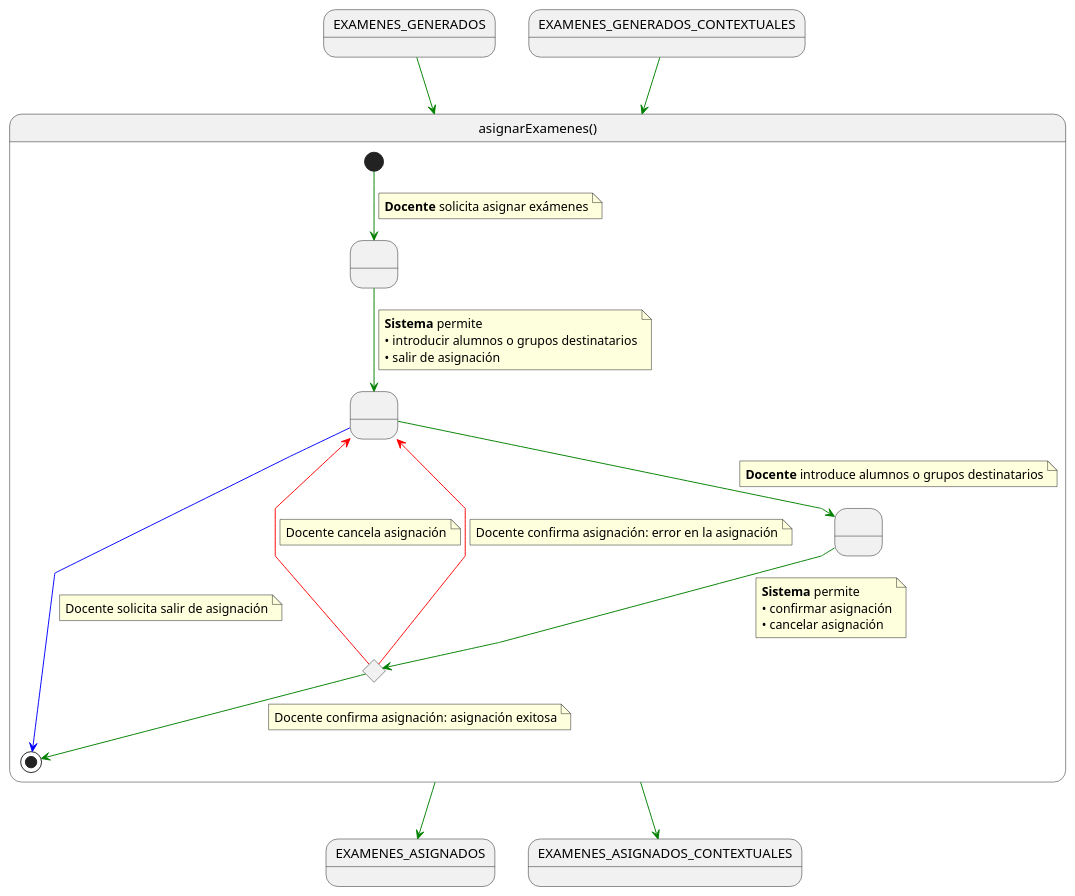
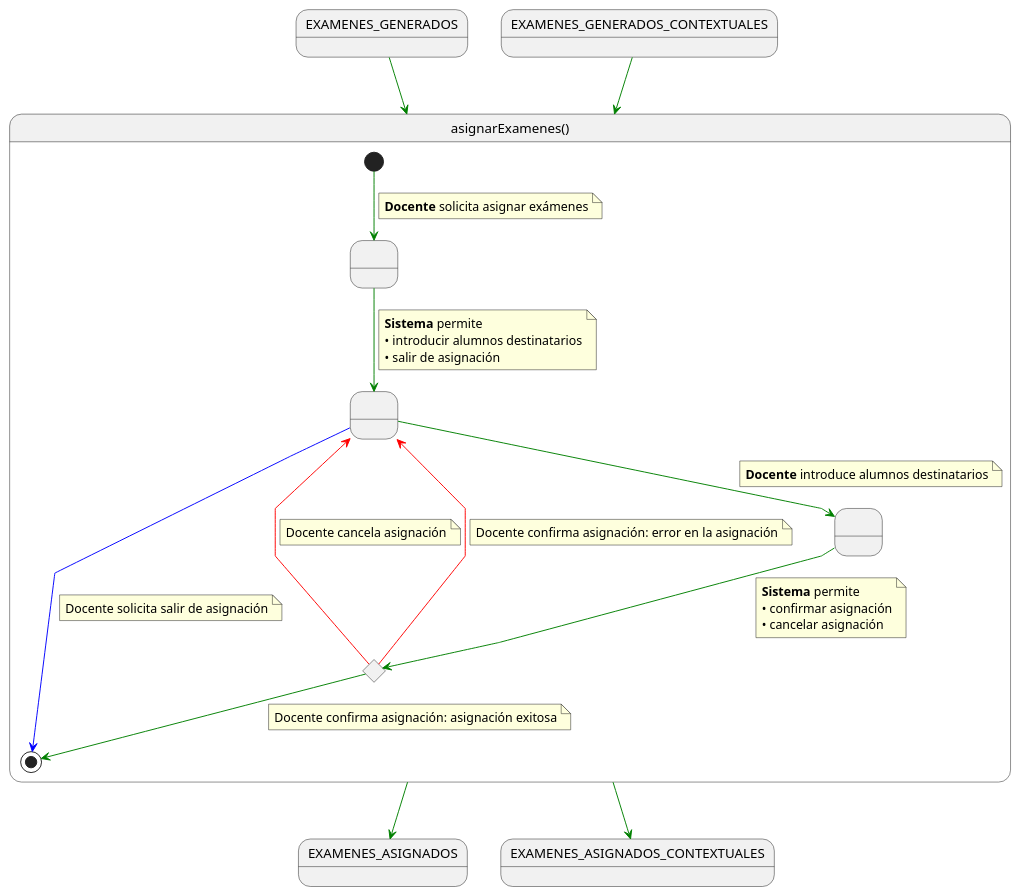
Before and after one commit to martinlopez7/25-26-IdSw1-SdR: the diagram in documents/casos-de-uso/detalladoCasosDeUso/asignarExamenes/asignarExamenes.puml, drawn with PlantUML. The commit also changed 13 other files, not shown here.

Commit message:
fix&refactor(cu&mdd): corrige explicaciones, casos de uso, diagrama de estados de examen y añade definiciones al glosario

```diff
--- a/documents/casos-de-uso/detalladoCasosDeUso/asignarExamenes/asignarExamenes.puml
+++ b/documents/casos-de-uso/detalladoCasosDeUso/asignarExamenes/asignarExamenes.puml
@@ -1,62 +1,62 @@
 @startuml asignarExamenes
 
 skinparam linetype polyline
 
 state asignarExamenes as "asignarExamenes()" {
 
     state " " as RequiringAssignment
     state " " as ProvidingAssignment
     state " " as ProvidingConfirmation
     state c <<choice>>
 
     [*] -[#green]-> RequiringAssignment
     note on link
     <b>Docente</b> solicita asignar exámenes
     end note    
 
     RequiringAssignment -[#green]-> ProvidingAssignment
     note on link
     <b>Sistema</b> permite 
-    • introducir alumnos o grupos destinatarios
+    • introducir alumnos destinatarios
     • salir de asignación
     end note
 
     ProvidingAssignment -[#green]-> ProvidingConfirmation
     note on link
-    <b>Docente</b> introduce alumnos o grupos destinatarios
+    <b>Docente</b> introduce alumnos destinatarios
     end note
 
     ProvidingConfirmation -[#green]-> c
     note on link
     <b>Sistema</b> permite
     • confirmar asignación
     • cancelar asignación
     end note
 
     c -[#red]-> ProvidingAssignment
     note on link
     Docente cancela asignación
     end note
 
     c -[#red]-> ProvidingAssignment
     note on link
     Docente confirma asignación: error en la asignación
     end note
 
     c -[#green]-> [*]
     note on link
     Docente confirma asignación: asignación exitosa
     end note
     
     ProvidingAssignment -[#blue]-> [*]
     note on link
     Docente solicita salir de asignación
     end note
 }
 
 EXAMENES_GENERADOS -[#green]-> asignarExamenes
 EXAMENES_GENERADOS_CONTEXTUALES -[#green]-> asignarExamenes
 asignarExamenes -[#green]-> EXAMENES_ASIGNADOS
 asignarExamenes -[#green]-> EXAMENES_ASIGNADOS_CONTEXTUALES
 
 @enduml
```
